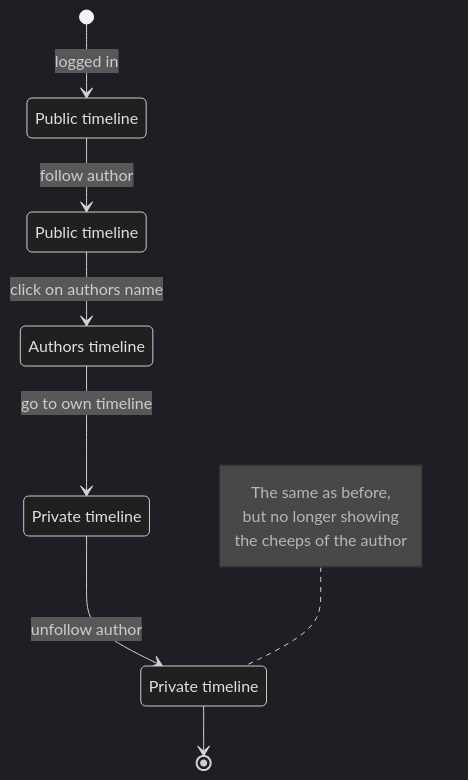
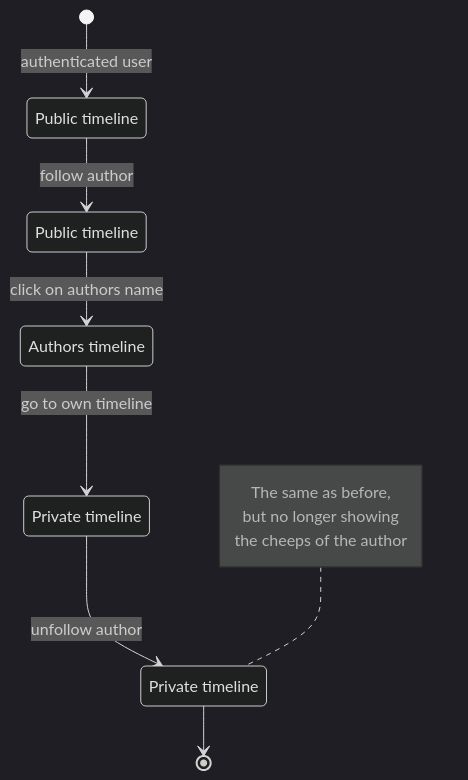
The fourth of 12 diagrams in docs/report.md (ITU-BDSA23-GROUP7/Chirp), drawn with Mermaid (dark theme) before and after one commit. The commit also changed other lines of this file, not shown here.

Commit message:
User journey in report

````diff
--- a/docs/report.md
+++ b/docs/report.md
@@ -86,22 +104,22 @@
 ```mermaid
 stateDiagram-v2
     state "Public timeline" as public
     state "Public timeline" as public2
     state "Authors timeline" as author
     state "Private timeline" as private
     state "Private timeline" as private2
 
-    [*] --> public : logged in
+    [*] --> public : authenticated user
     public --> public2 : follow author
     public2 --> author : click on authors name
     author --> private : go to own timeline
     private --> private2 : unfollow author
 
     note left of private2
       The same as before,
       but no longer showing
       the cheeps of the author
     end note
 
     private2 --> [*]
 ```
````
